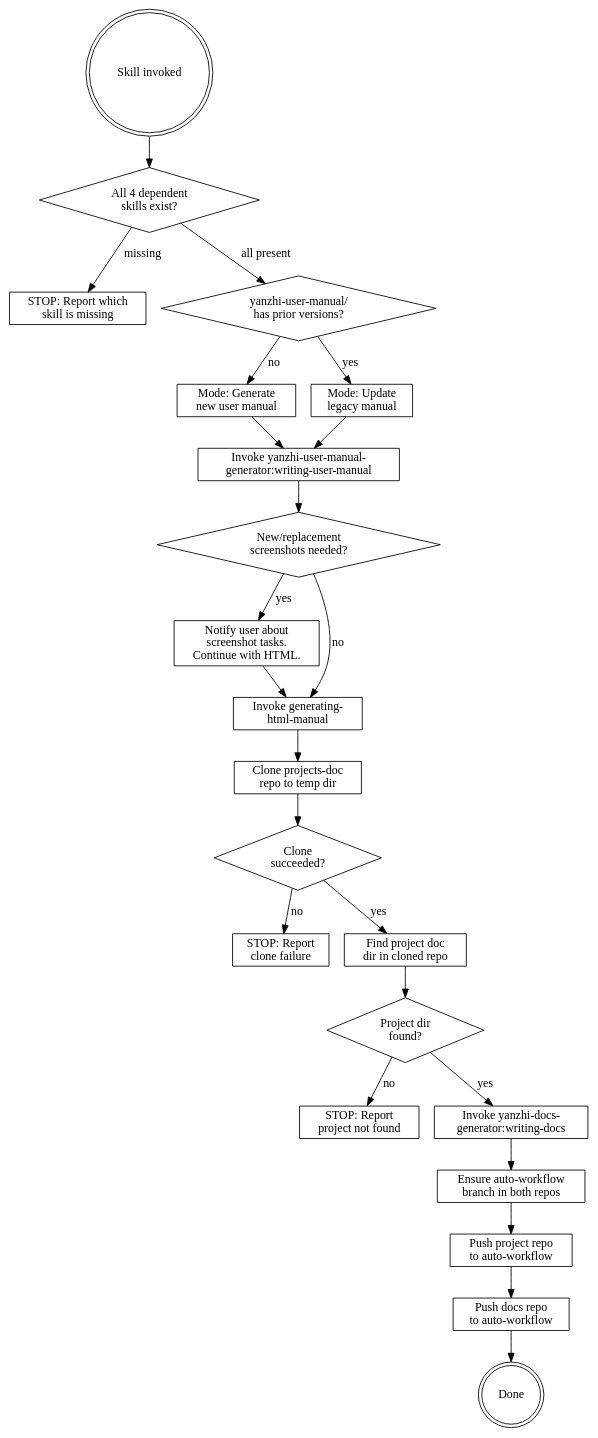
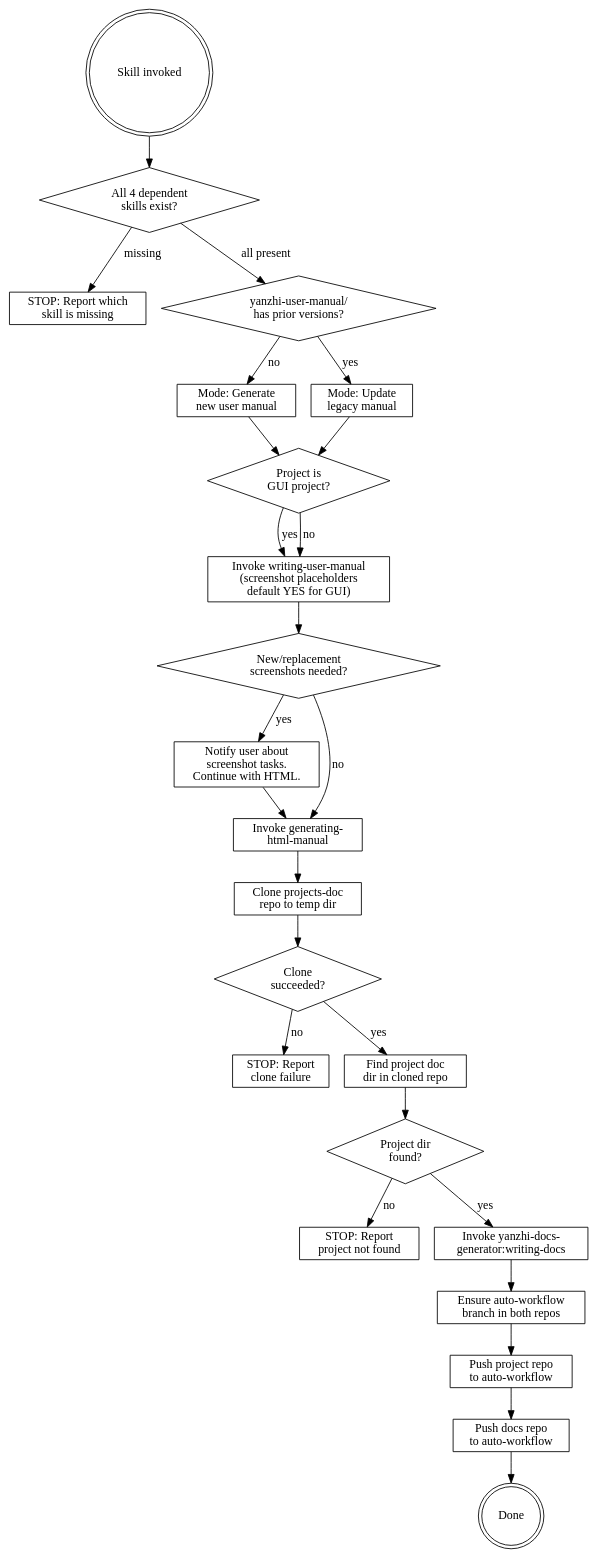
One commit to zhang-songhan/yanzhi-sdd-workflow changed the diagram in skills/manual-and-docs-git-sync/SKILL.md. Above: the diagram before and after it, drawn with Graphviz. The commit also changed other lines of this file and 2 other files, not shown here.

First line of the commit message:
v260601-3 feat. add GUI detection and default screenshot placeholders for writing-user-manual

````diff
--- a/skills/manual-and-docs-git-sync/SKILL.md
+++ b/skills/manual-and-docs-git-sync/SKILL.md
@@ -12,50 +12,53 @@
 ```dot
 digraph sync_flow {
     rankdir=TB;
 
     start [label="Skill invoked", shape=doublecircle];
     check_deps [label="All 4 dependent\nskills exist?", shape=diamond];
     stop_deps [label="STOP: Report which\nskill is missing", shape=box];
     check_manual_dir [label="yanzhi-user-manual/\nhas prior versions?", shape=diamond];
     mode_generate [label="Mode: Generate\nnew user manual", shape=box];
     mode_update [label="Mode: Update\nlegacy manual", shape=box];
-    invoke_writing [label="Invoke yanzhi-user-manual-\ngenerator:writing-user-manual", shape=box];
+    detect_gui [label="Project is\nGUI project?", shape=diamond];
+    invoke_writing [label="Invoke writing-user-manual\n(screenshot placeholders\ndefault YES for GUI)", shape=box];
     new_screenshots [label="New/replacement\nscreenshots needed?", shape=diamond];
     notify_screenshots [label="Notify user about\nscreenshot tasks.\nContinue with HTML.", shape=box];
     invoke_html [label="Invoke generating-\nhtml-manual", shape=box];
     clone_docs [label="Clone projects-doc\nrepo to temp dir", shape=box];
     clone_ok [label="Clone\nsucceeded?", shape=diamond];
     stop_clone [label="STOP: Report\nclone failure", shape=box];
     find_project [label="Find project doc\ndir in cloned repo", shape=box];
     project_found [label="Project dir\nfound?", shape=diamond];
     stop_noproject [label="STOP: Report\nproject not found", shape=box];
     invoke_docs [label="Invoke yanzhi-docs-\ngenerator:writing-docs", shape=box];
     switch_branch [label="Ensure auto-workflow\nbranch in both repos", shape=box];
     push_project [label="Push project repo\nto auto-workflow", shape=box];
     push_docs [label="Push docs repo\nto auto-workflow", shape=box];
     done [label="Done", shape=doublecircle];
 
     start -> check_deps;
     check_deps -> stop_deps [label="missing"];
     check_deps -> check_manual_dir [label="all present"];
     check_manual_dir -> mode_generate [label="no"];
     check_manual_dir -> mode_update [label="yes"];
-    mode_generate -> invoke_writing;
-    mode_update -> invoke_writing;
+    mode_generate -> detect_gui;
+    mode_update -> detect_gui;
+    detect_gui -> invoke_writing [label="yes"];
+    detect_gui -> invoke_writing [label="no"];
     invoke_writing -> new_screenshots;
     new_screenshots -> notify_screenshots [label="yes"];
     new_screenshots -> invoke_html [label="no"];
     notify_screenshots -> invoke_html;
     invoke_html -> clone_docs;
     clone_docs -> clone_ok;
     clone_ok -> stop_clone [label="no"];
     clone_ok -> find_project [label="yes"];
     find_project -> project_found;
     project_found -> stop_noproject [label="no"];
     project_found -> invoke_docs [label="yes"];
     invoke_docs -> switch_branch;
     switch_branch -> push_project;
     push_project -> push_docs;
     push_docs -> done;
 }
 ```
````
